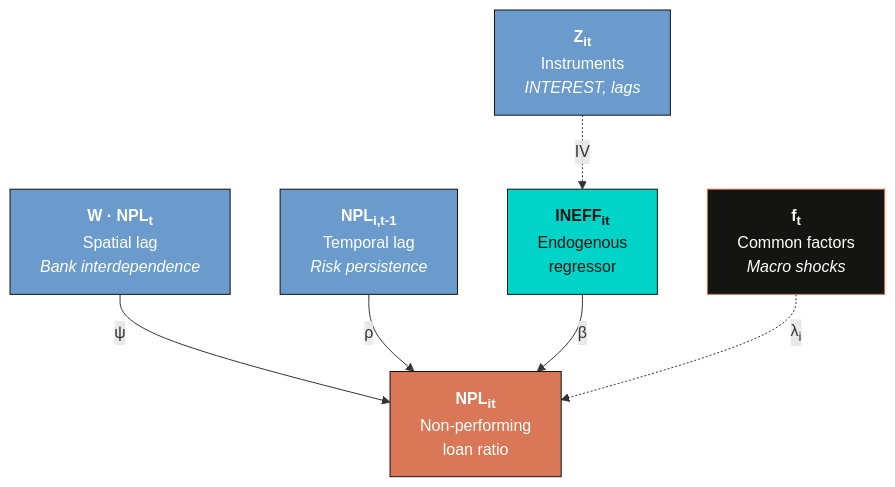
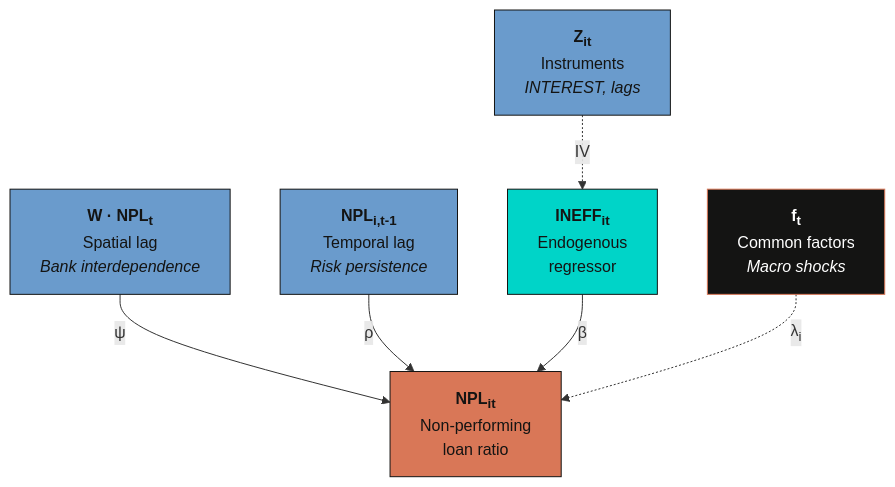
Before and after one commit to cmg777/starter-academic-v501: the first of 4 diagrams in content/post/stata_spxtivdfreg/index.md, drawn with Mermaid. The commit also changed other lines of this file and 67 other files, not shown here.

First line of the commit message:
fix(mermaid): readable diagram text in both themes across the site

````diff
--- a/content/post/stata_spxtivdfreg/index.md
+++ b/content/post/stata_spxtivdfreg/index.md
@@ -248,22 +248,22 @@
 ```mermaid
 graph TD
     Y["<b>NPL<sub>it</sub></b><br/>Non-performing<br/>loan ratio"]
     WY["<b>W · NPL<sub>t</sub></b><br/>Spatial lag<br/><i>Bank interdependence</i>"]
     LY["<b>NPL<sub>i,t-1</sub></b><br/>Temporal lag<br/><i>Risk persistence</i>"]
     X["<b>INEFF<sub>it</sub></b><br/>Endogenous<br/>regressor"]
     F["<b>f<sub>t</sub></b><br/>Common factors<br/><i>Macro shocks</i>"]
     Z["<b>Z<sub>it</sub></b><br/>Instruments<br/><i>INTEREST, lags</i>"]
 
     WY -->|"ψ"| Y
     LY -->|"ρ"| Y
     X -->|"β"| Y
     F -.->|"λ<sub>i</sub>"| Y
     Z -.->|"IV"| X
 
-    style Y fill:#d97757,stroke:#141413,color:#fff
-    style WY fill:#6a9bcc,stroke:#141413,color:#fff
-    style LY fill:#6a9bcc,stroke:#141413,color:#fff
+    style Y fill:#d97757,stroke:#141413,color:#141413
+    style WY fill:#6a9bcc,stroke:#141413,color:#141413
+    style LY fill:#6a9bcc,stroke:#141413,color:#141413
     style X fill:#00d4c8,stroke:#141413,color:#141413
     style F fill:#141413,stroke:#d97757,color:#fff
-    style Z fill:#6a9bcc,stroke:#141413,color:#fff
+    style Z fill:#6a9bcc,stroke:#141413,color:#141413
 ```
````
